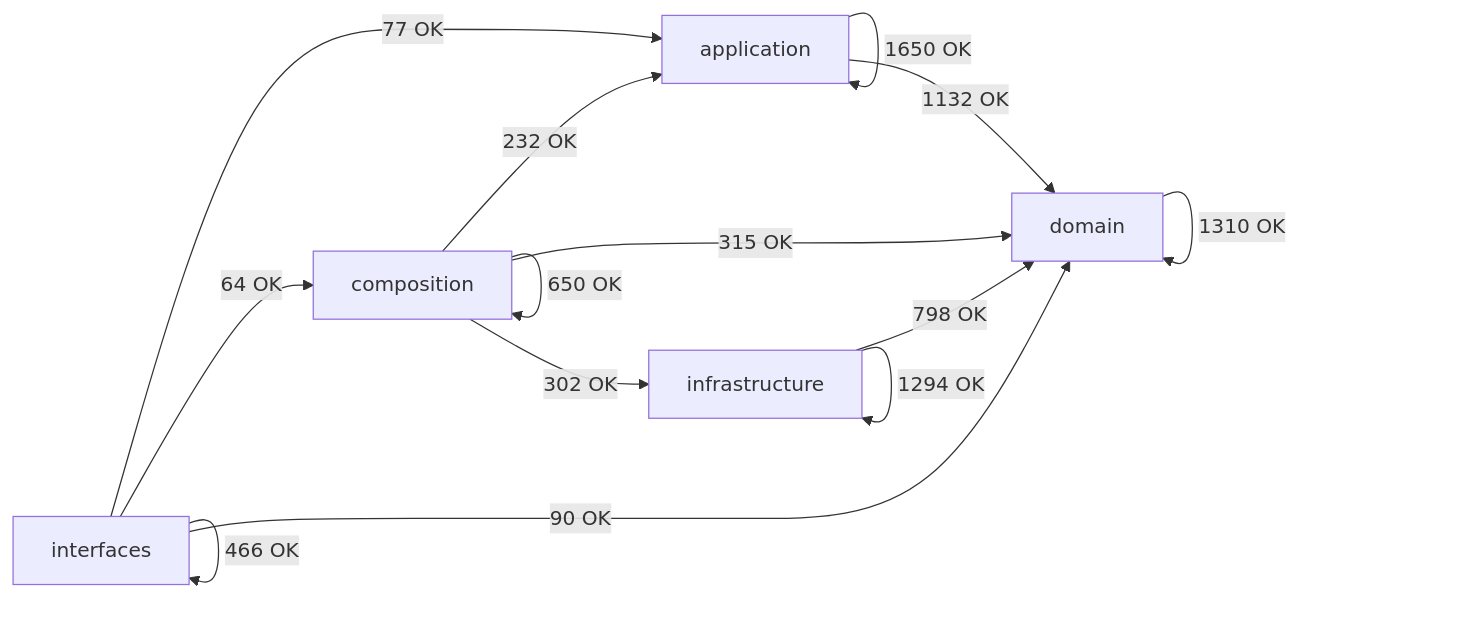
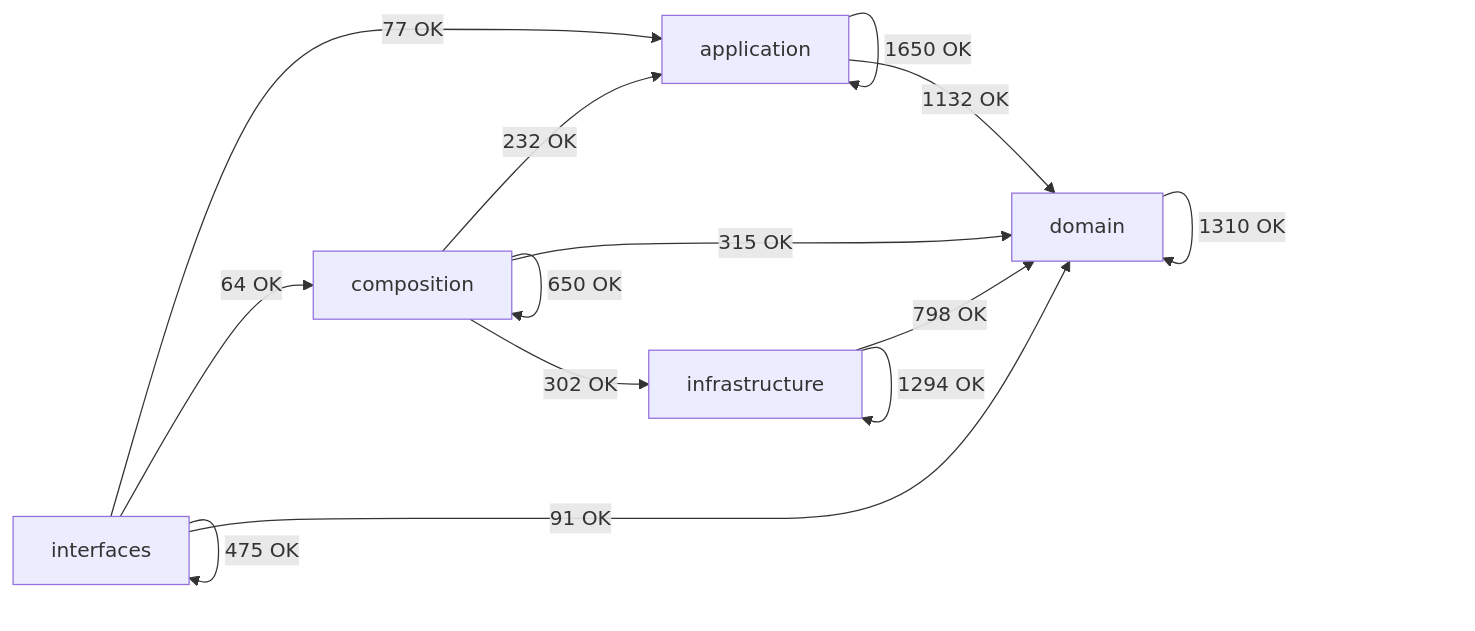
Before and after one commit to SatoryKono/BioactivityDataAcquisition: the diagram in docs/02-architecture/generated/module-dependency-map.md, drawn with Mermaid. The commit also changed other lines of this file and 9 other files, not shown here.

Commit message:
fix(ops-http): restore architecture gates for selector routing

````diff
--- a/docs/02-architecture/generated/module-dependency-map.md
+++ b/docs/02-architecture/generated/module-dependency-map.md
@@ -17,21 +17,21 @@
 ```mermaid
 flowchart LR
     domain[domain]
     application[application]
     infrastructure[infrastructure]
     composition[composition]
     interfaces[interfaces]
     application -->|1650 OK| application
     application -->|1132 OK| domain
     composition -->|232 OK| application
     composition -->|650 OK| composition
     composition -->|315 OK| domain
     composition -->|302 OK| infrastructure
     domain -->|1310 OK| domain
     infrastructure -->|798 OK| domain
     infrastructure -->|1294 OK| infrastructure
     interfaces -->|77 OK| application
     interfaces -->|64 OK| composition
-    interfaces -->|90 OK| domain
-    interfaces -->|466 OK| interfaces
+    interfaces -->|91 OK| domain
+    interfaces -->|475 OK| interfaces
 ```
````
